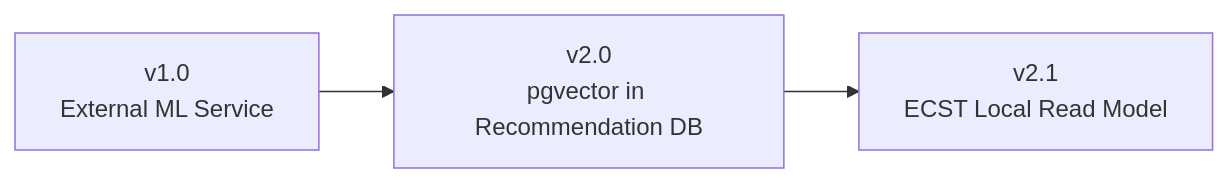
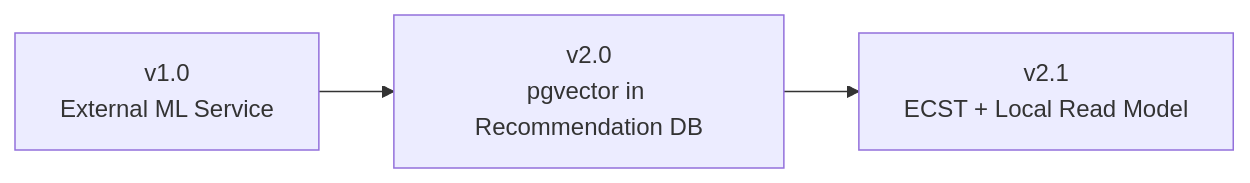
One commit to Luca5Eckert/VellumHub changed the second of 3 diagrams in README.md. Above: the diagram before and after it, drawn with Mermaid. The commit also changed other lines of this file, not shown here.

````diff
--- a/README.md
+++ b/README.md
@@ -106,5 +105,5 @@
 ```mermaid
 graph LR
   V1[v1.0\nExternal ML Service] --> V2[v2.0\npgvector in Recommendation DB]
-  V2 --> V21[v2.1\nECST Local Read Model]
+  V2 --> V21[v2.1\nECST + Local Read Model]
 ```
````
